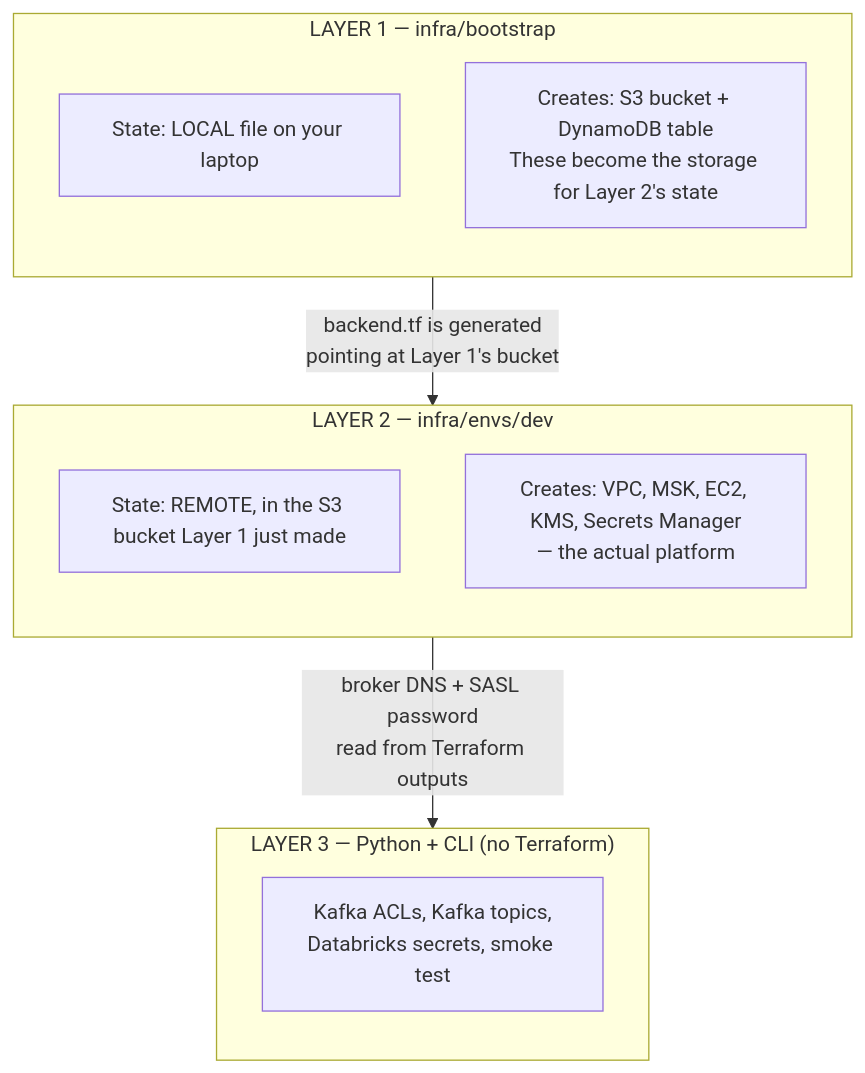
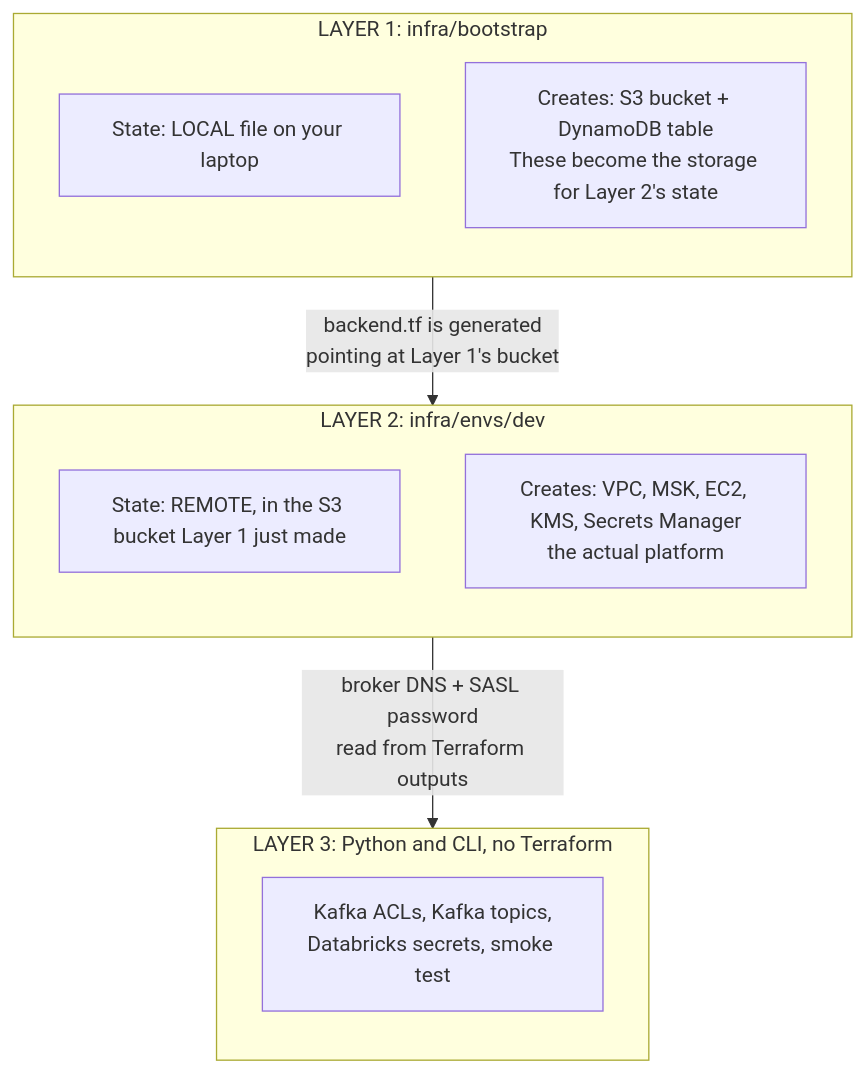
One commit to hailampy123/realtime-finance-bot changed the first of 2 diagrams in docs/MAKE_UP_EXPLAINED.md. Above: the diagram before and after it, drawn with Mermaid. The commit also changed other lines of this file and 18 other files, not shown here.

````diff
--- a/docs/MAKE_UP_EXPLAINED.md
+++ b/docs/MAKE_UP_EXPLAINED.md
@@ -54,22 +54,22 @@
 ```mermaid
 flowchart TB
-    subgraph L1["LAYER 1 — infra/bootstrap"]
+    subgraph L1["LAYER 1: infra/bootstrap"]
         direction TB
         L1S["State: LOCAL file on your laptop"]
         L1R["Creates: S3 bucket + DynamoDB table<br/>These become the storage for Layer 2's state"]
     end
 
-    subgraph L2["LAYER 2 — infra/envs/dev"]
+    subgraph L2["LAYER 2: infra/envs/dev"]
         direction TB
         L2S["State: REMOTE, in the S3 bucket Layer 1 just made"]
-        L2R["Creates: VPC, MSK, EC2, KMS, Secrets Manager<br/>— the actual platform"]
+        L2R["Creates: VPC, MSK, EC2, KMS, Secrets Manager<br/>the actual platform"]
     end
 
-    subgraph L3["LAYER 3 — Python + CLI (no Terraform)"]
+    subgraph L3["LAYER 3: Python and CLI, no Terraform"]
         direction TB
         L3R["Kafka ACLs, Kafka topics,<br/>Databricks secrets, smoke test"]
     end
 
     L1 -->|"backend.tf is generated<br/>pointing at Layer 1's bucket"| L2
     L2 -->|"broker DNS + SASL password<br/>read from Terraform outputs"| L3
 ```
````
